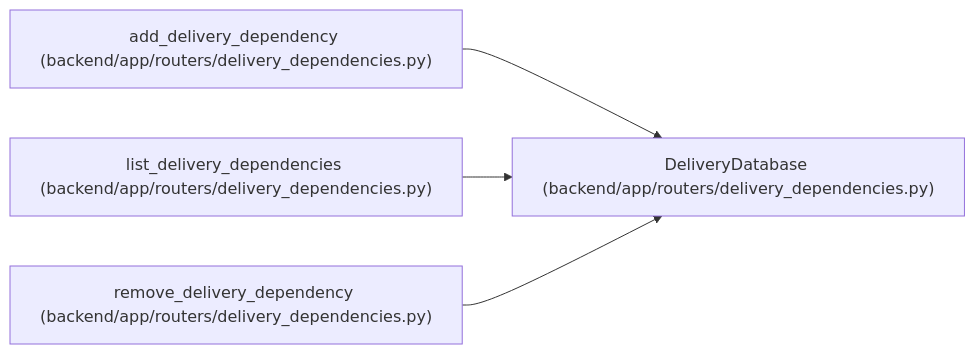
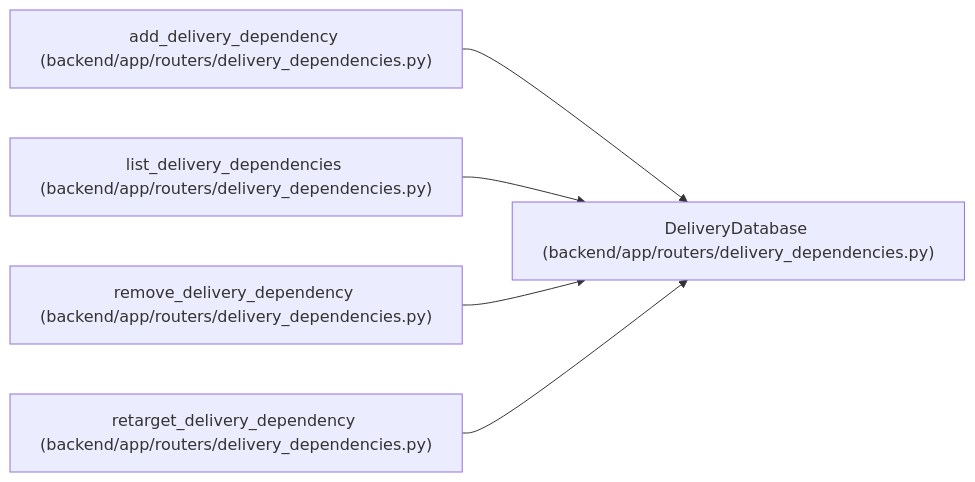
Before and after one commit to Denissvgn/WorkChord: the diagram in docs/llm_wiki/entities/DeliveryDatabase.md, drawn with Mermaid. The commit also changed other lines of this file and 1420 other files, not shown here.

First line of the commit message:
Refresh the architectural wiki for the 1.10.0 changes

````diff
--- a/docs/llm_wiki/entities/DeliveryDatabase.md
+++ b/docs/llm_wiki/entities/DeliveryDatabase.md
@@ -24,14 +24,17 @@
 ```mermaid
 flowchart LR
     n0["DeliveryDatabase (backend/app/routers/delivery_dependencies.py)"]
     n1["add_delivery_dependency (backend/app/routers/delivery_dependencies.py)"]
     n2["list_delivery_dependencies (backend/app/routers/delivery_dependencies.py)"]
     n3["remove_delivery_dependency (backend/app/routers/delivery_dependencies.py)"]
+    n4["retarget_delivery_dependency (backend/app/routers/delivery_dependencies.py)"]
     n1 --> n0
     n2 --> n0
     n3 --> n0
+    n4 --> n0
     click n0 "../modules/delivery_dependencies.md"
     click n1 "../modules/delivery_dependencies.md"
     click n2 "../modules/delivery_dependencies.md"
     click n3 "../modules/delivery_dependencies.md"
+    click n4 "../modules/delivery_dependencies.md"
 ```
````
